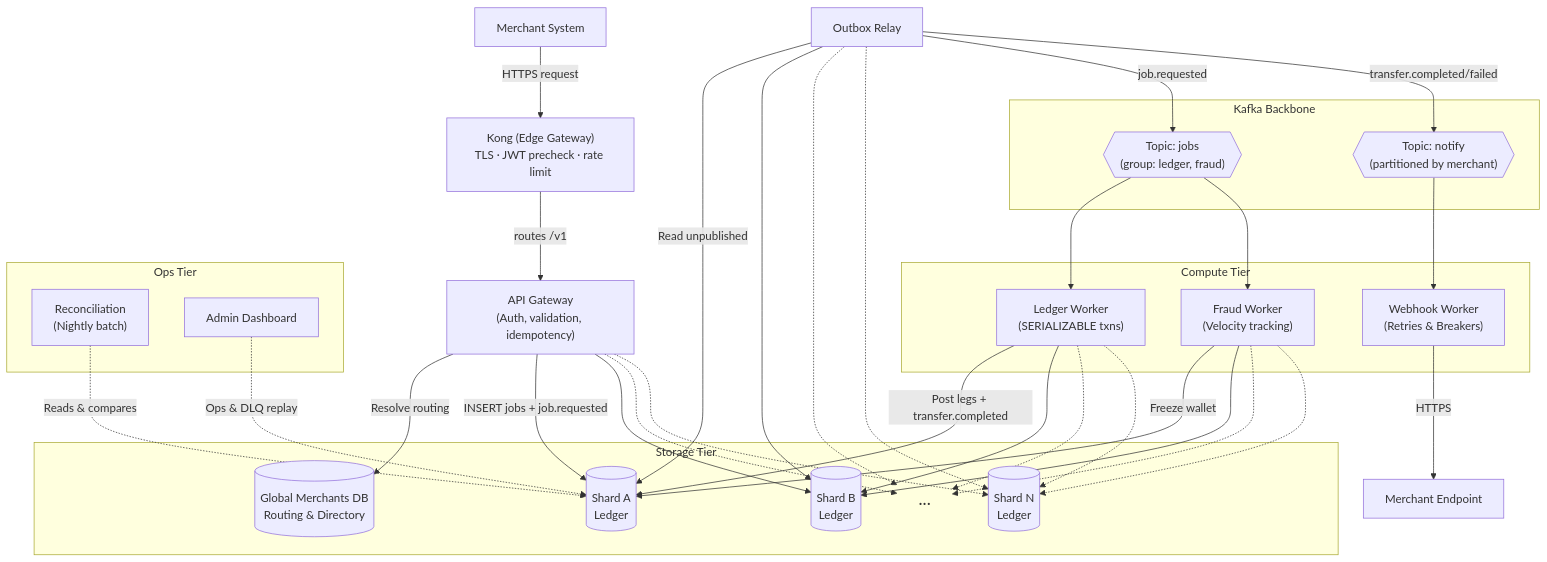
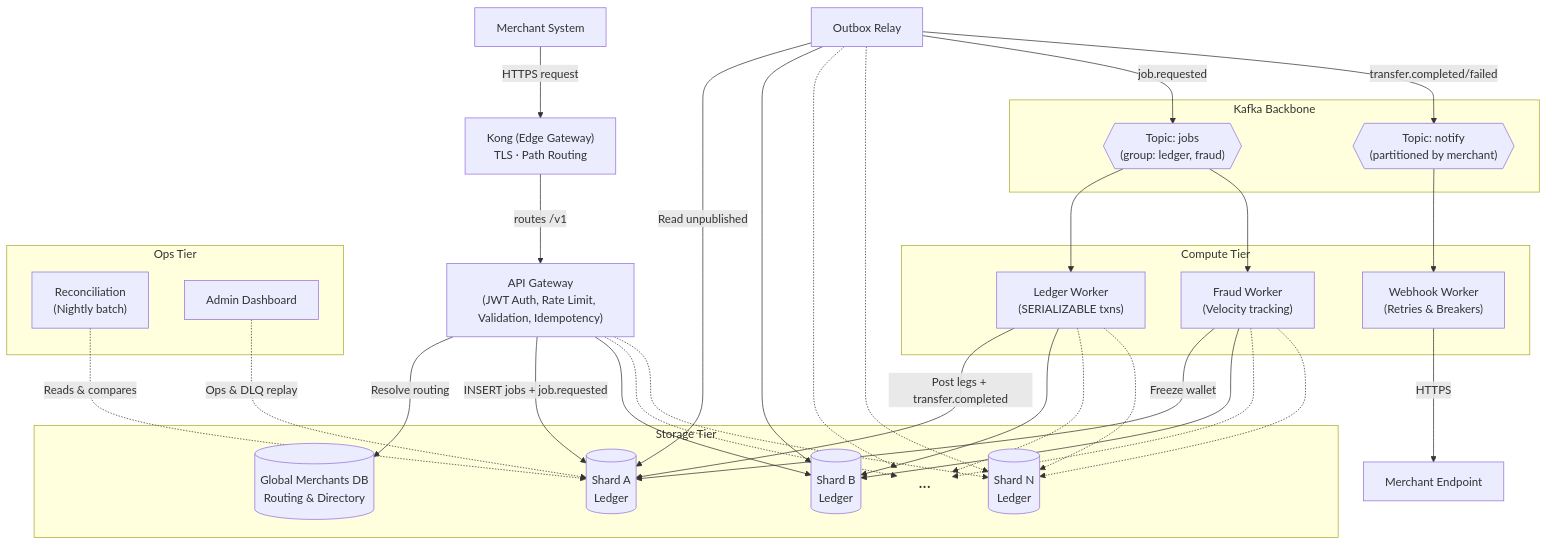
Before and after one commit to Joel-Ajayi/river-rust-queue: the first of 2 diagrams in README.md, drawn with Mermaid. The commit also changed other lines of this file and 13 other files, not shown here.

Commit message:
chore: update documentation, db migrations and ci for enhanced architecture

````diff
--- a/README.md
+++ b/README.md
@@ -51,76 +54,76 @@
 ```mermaid
 graph TD
   %% External Entities
   merchant["Merchant System"]
   merchantEndpoint["Merchant Endpoint"]
 
   %% API Edge
-  kong["Kong (Edge Gateway)<br/>TLS · JWT precheck · rate limit"]
-  gateway["API Gateway<br/>(Auth, validation, idempotency)"]
+  kong["Kong (Edge Gateway)<br/>TLS · Path Routing"]
+  gateway["API Gateway<br/>(JWT Auth, Rate Limit, Validation, Idempotency)"]
 
   merchant -->|HTTPS request| kong
   kong -->|routes /v1| gateway
 
   %% Databases
   subgraph Storage Tier
     merchantDb[("Global Merchants DB<br/>Routing & Directory")]
     shardA[("Shard A<br/>Ledger")]
     shardB[("Shard B<br/>Ledger")]
     shardDots["..."]
     shardN[("Shard N<br/>Ledger")]
   end
   style shardDots fill:none,stroke:none,font-size:24px;
 
   gateway -->|"Resolve routing"| merchantDb
   gateway -->|"INSERT jobs + job.requested"| shardA
   gateway --> shardB
   gateway -.-> shardDots
   gateway -.-> shardN
 
   %% Messaging
   relay["Outbox Relay"]
   relay -->|Read unpublished| shardA
   relay --> shardB
   relay -.-> shardDots
   relay -.-> shardN
 
   subgraph Kafka Backbone
     jobsTopic{{"Topic: jobs<br/>(group: ledger, fraud)"}}
     notifyTopic{{"Topic: notify<br/>(partitioned by merchant)"}}
   end
 
   relay -->|job.requested| jobsTopic
   relay -->|transfer.completed/failed| notifyTopic
 
   %% Workers
   subgraph Compute Tier
     ledgerWorker["Ledger Worker<br/>(SERIALIZABLE txns)"]
     fraudWorker["Fraud Worker<br/>(Velocity tracking)"]
     webhookWorker["Webhook Worker<br/>(Retries & Breakers)"]
   end
 
   jobsTopic --> ledgerWorker
   jobsTopic --> fraudWorker
   notifyTopic --> webhookWorker
 
   ledgerWorker -->|"Post legs + transfer.completed"| shardA
   ledgerWorker --> shardB
   ledgerWorker -.-> shardDots
   ledgerWorker -.-> shardN
 
   fraudWorker -->|"Freeze wallet"| shardA
   fraudWorker --> shardB
   fraudWorker -.-> shardDots
   fraudWorker -.-> shardN
 
   webhookWorker -->|HTTPS| merchantEndpoint
 
   %% Operations
   subgraph Ops Tier
     reconciliation["Reconciliation<br/>(Nightly batch)"]
     adminDashboard["Admin Dashboard"]
   end
   
   reconciliation -.->|Reads & compares| shardA
   adminDashboard -.->|Ops & DLQ replay| shardA
 ```
````
